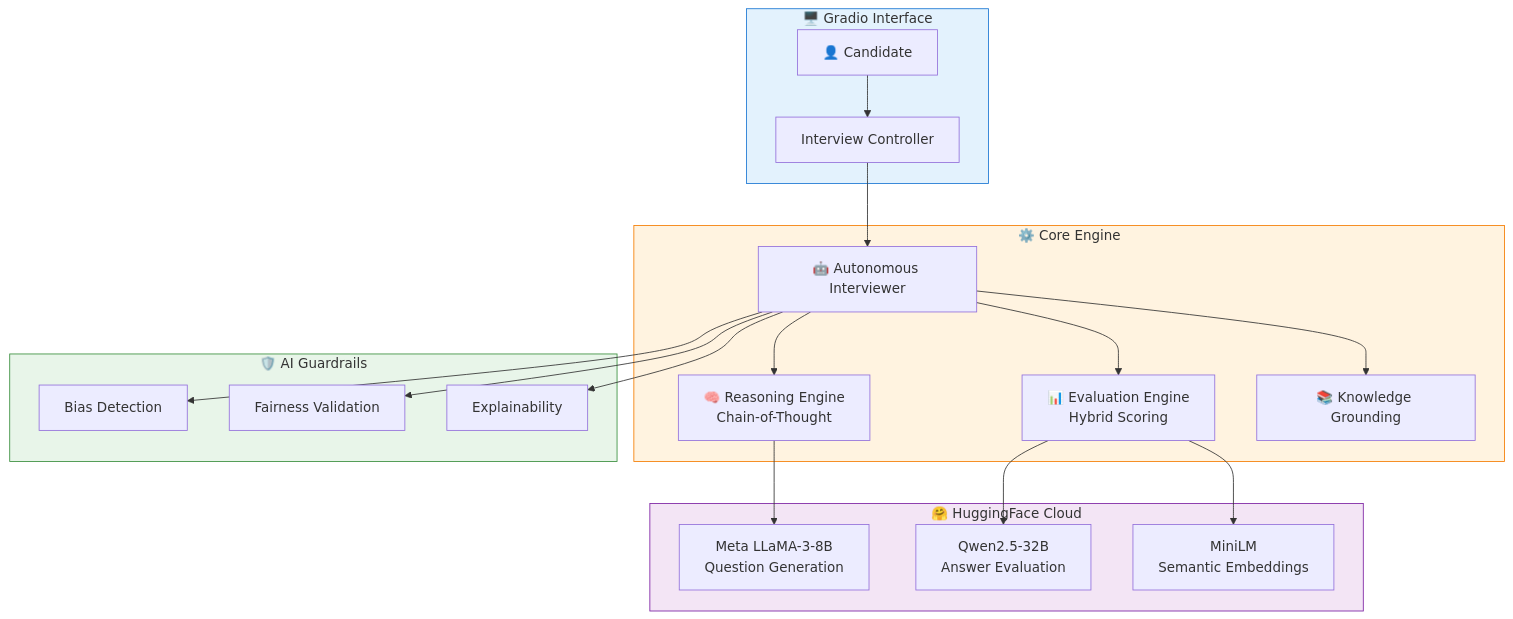
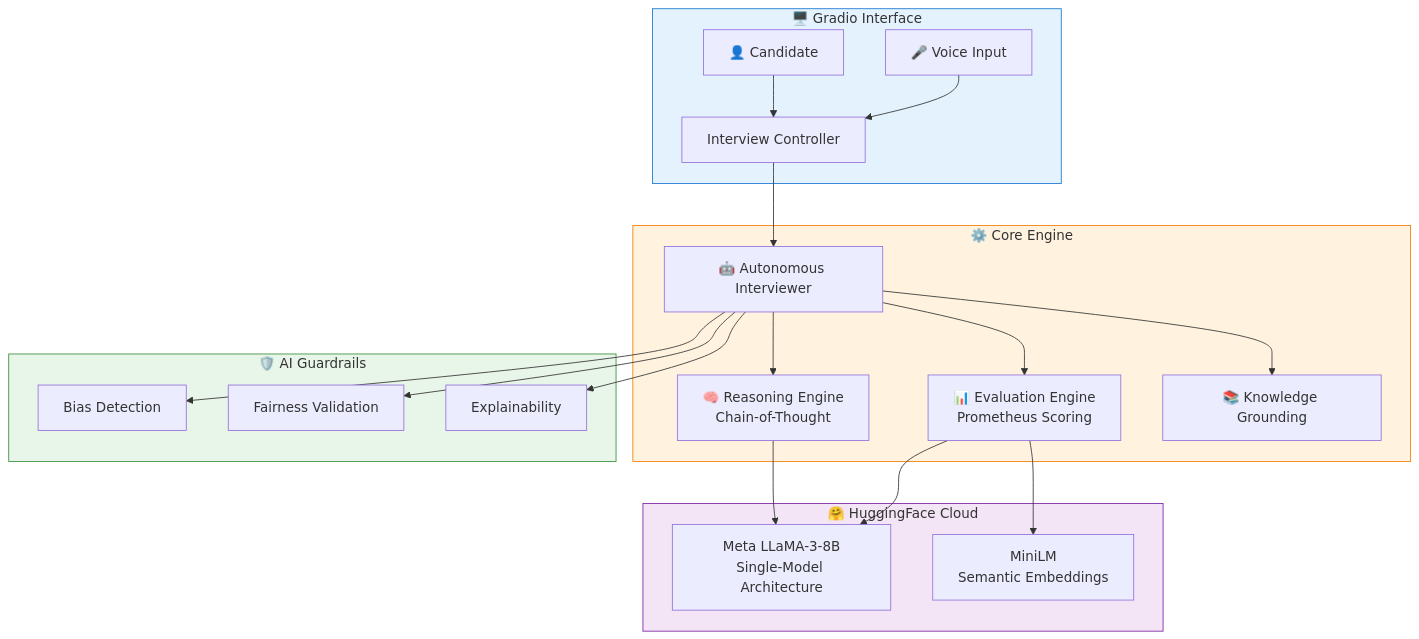
The first of 2 diagrams in README.md (VIKAS9793/ai-interviewer-langchain), drawn with Mermaid before and after one commit. The commit also changed other lines of this file and 4 other files, not shown here.

Commit message:
docs: Final cleanup - Single-Model Architecture + Voice Mode v2.4

````diff
--- a/README.md
+++ b/README.md
@@ -82,30 +83,31 @@
 ```mermaid
 flowchart TB
     subgraph UI["🖥️ Gradio Interface"]
         A["👤 Candidate"] --> B["Interview Controller"]
+        A2["🎤 Voice Input"] --> B
     end
     
     subgraph Core["⚙️ Core Engine"]
         B --> C["🤖 Autonomous Interviewer"]
         C --> D["🧠 Reasoning Engine<br/>Chain-of-Thought"]
-        C --> E["📊 Evaluation Engine<br/>Hybrid Scoring"]
+        C --> E["📊 Evaluation Engine<br/>Prometheus Scoring"]
         C --> F["📚 Knowledge Grounding"]
     end
     
     subgraph Models["🤗 HuggingFace Cloud"]
-        D --> G["Meta LLaMA-3-8B<br/>Question Generation"]
-        E --> H["Qwen2.5-32B<br/>Answer Evaluation"]
+        D --> G["Meta LLaMA-3-8B<br/>Single-Model Architecture"]
+        E --> G
         E --> I["MiniLM<br/>Semantic Embeddings"]
     end
     
     subgraph Safety["🛡️ AI Guardrails"]
         C --> J["Bias Detection"]
         C --> K["Fairness Validation"]
         C --> L["Explainability"]
     end
     
     style UI fill:#e3f2fd,stroke:#1976d2
     style Core fill:#fff3e0,stroke:#f57c00
     style Models fill:#f3e5f5,stroke:#7b1fa2
     style Safety fill:#e8f5e9,stroke:#388e3c
 ```
````
